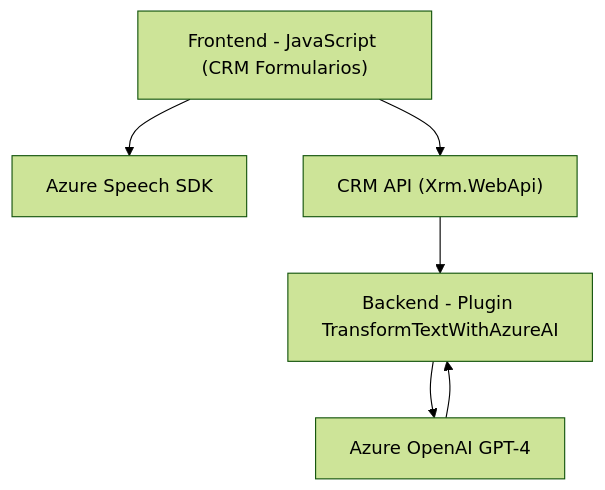
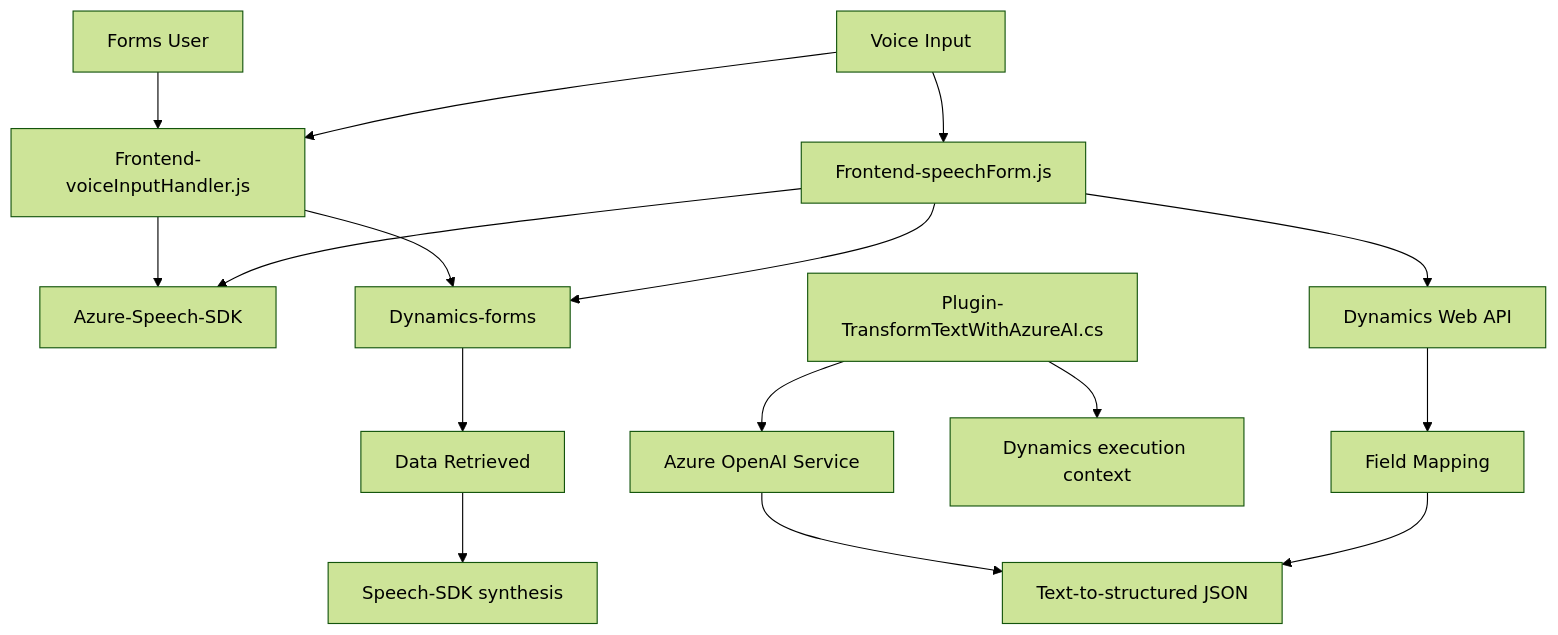
The diagram in README.md (blopezdm/NETCORE_BILBAO2025), drawn with Mermaid (forest theme) before and after one commit. The commit also changed other lines of this file, not shown here.

````diff
--- a/README.md
+++ b/README.md
@@ -37,14 +35,21 @@
 ```mermaid
 graph TD
-    A["Frontend - JavaScript (CRM Formularios)"]
-    B["Azure Speech SDK"]
-    C["CRM API (Xrm.WebApi)"]
-    D["Backend - Plugin TransformTextWithAzureAI"]
-    E["Azure OpenAI GPT-4"]
+    A["Frontend-voiceInputHandler.js"] --> B["Azure-Speech-SDK"]
+    A --> C["Dynamics-forms"]
+    C --> D["Data Retrieved"]
+    D --> G["Speech-SDK synthesis"]
 
-    A --> B
-    A --> C
-    C --> D
-    D --> E
-    E --> D
+    E["Frontend-speechForm.js"] --> C
+    E --> B
+    E --> H["Dynamics Web API"]
+    H --> I["Field Mapping"]
+
+    J["Plugin-TransformTextWithAzureAI.cs"] --> K["Dynamics execution context"]
+    J --> L["Azure OpenAI Service"]
+    L --> M["Text-to-structured JSON"]
+    I --> M
+
+    N["Forms User"] --> A
+    O["Voice Input"] --> A
+    O --> E
 ```
````
